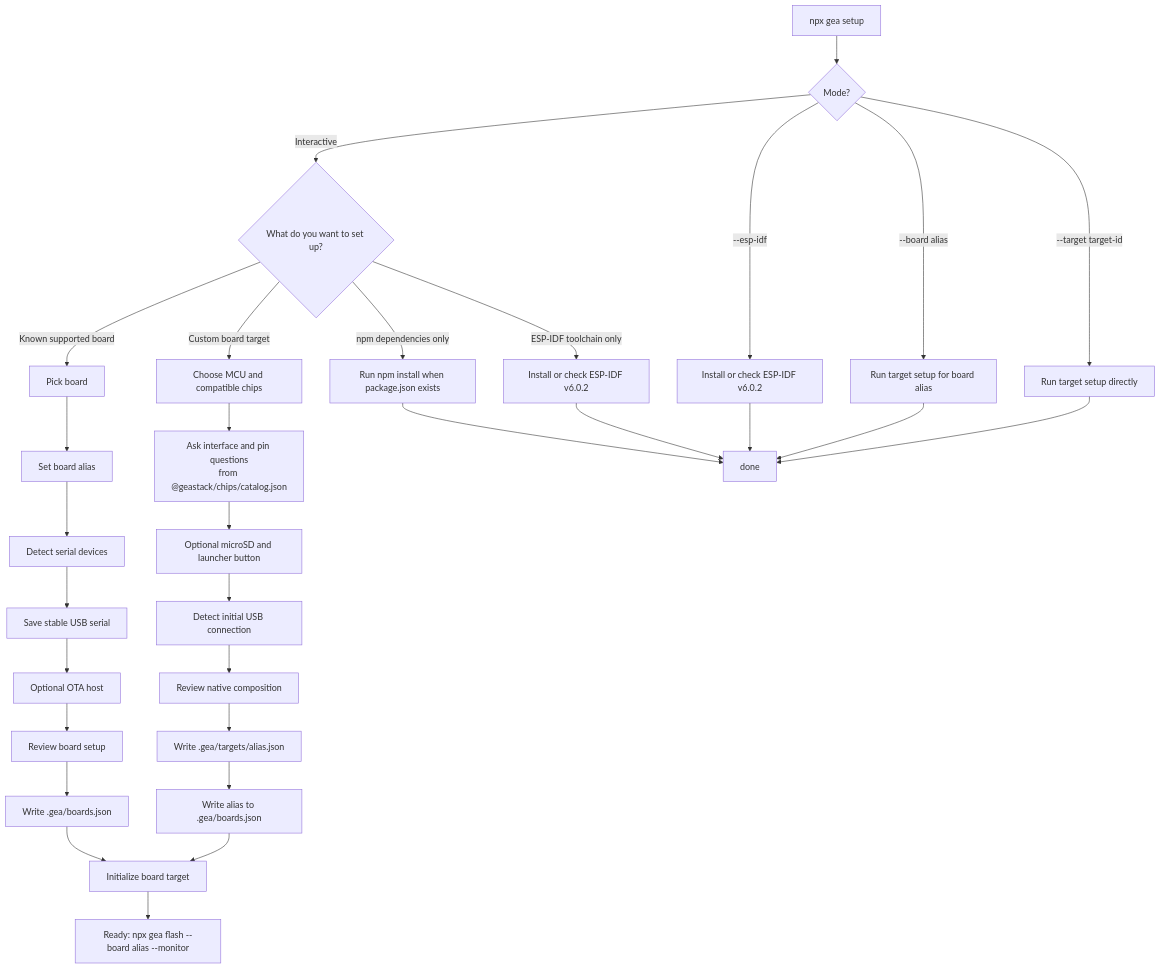
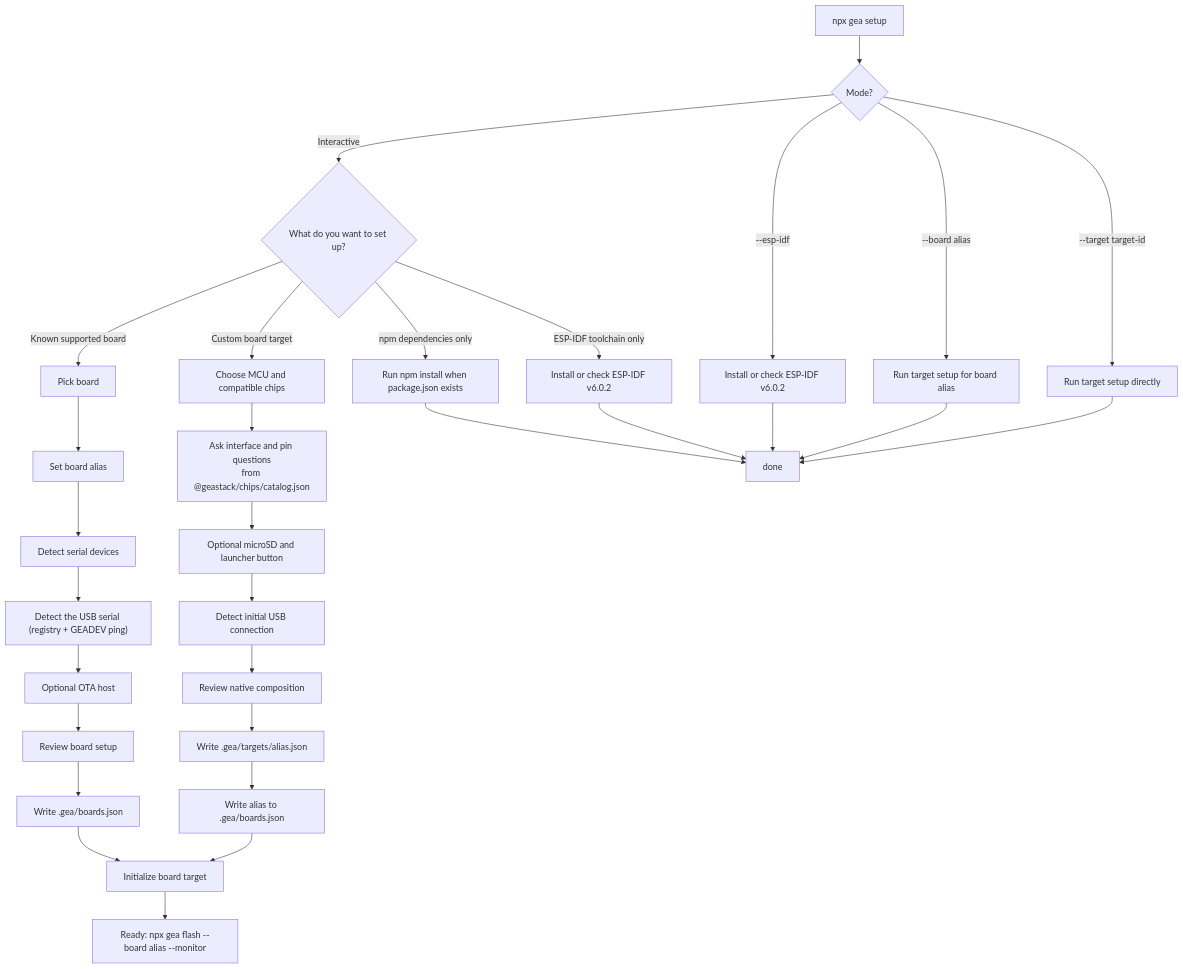
The second of 2 diagrams in README.md (geastack/cli), drawn with Mermaid before and after one commit. The commit also changed 6 other files, not shown here.

First line of the commit message:
setup: detect the USB board instead of asking for its serial; a board build needs an app

````diff
--- a/README.md
+++ b/README.md
@@ -59,38 +59,38 @@
 ```mermaid
 flowchart TD
   setup["npx gea setup"] --> mode{"Mode?"}
 
   mode -->|"--esp-idf"| directIdf["Install or check ESP-IDF v6.0.2"]
   mode -->|"--board alias"| directBoard["Run target setup for board alias"]
   mode -->|"--target target-id"| directTarget["Run target setup directly"]
 
   mode -->|"Interactive"| interactive{"What do you want to set up?"}
 
   interactive -->|"Known supported board"| knownBoard["Pick board"]
   knownBoard --> alias["Set board alias"]
   alias --> serial["Detect serial devices"]
-  serial --> saveSerial["Save stable USB serial"]
+  serial --> saveSerial["Detect the USB serial (registry + GEADEV ping)"]
   saveSerial --> ota["Optional OTA host"]
   ota --> reviewKnown["Review board setup"]
   reviewKnown --> writeKnown["Write .gea/boards.json"]
 
   interactive -->|"Custom board target"| custom["Choose MCU and compatible chips"]
   custom --> chipConfig["Ask interface and pin questions<br/>from @geastack/chips/catalog.json"]
   chipConfig --> features["Optional microSD and launcher button"]
   features --> connection["Detect initial USB connection"]
   connection --> reviewCustom["Review native composition"]
   reviewCustom --> writeProfile["Write .gea/targets/alias.json"]
   writeProfile --> writeCustomAlias["Write alias to .gea/boards.json"]
 
   interactive -->|"npm dependencies only"| npmInstall["Run npm install when package.json exists"]
   interactive -->|"ESP-IDF toolchain only"| idfOnly["Install or check ESP-IDF v6.0.2"]
 
   writeKnown --> initialize["Initialize board target"]
   writeCustomAlias --> initialize
   initialize --> ready["Ready: npx gea flash --board alias --monitor"]
   npmInstall --> done
   idfOnly --> done
   directIdf --> done
   directBoard --> done
   directTarget --> done
 ```
````
